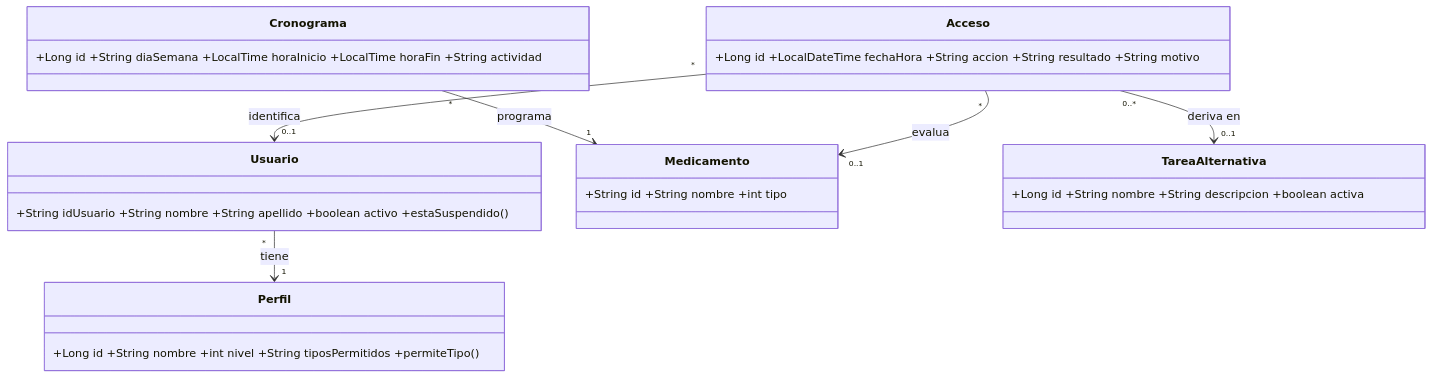
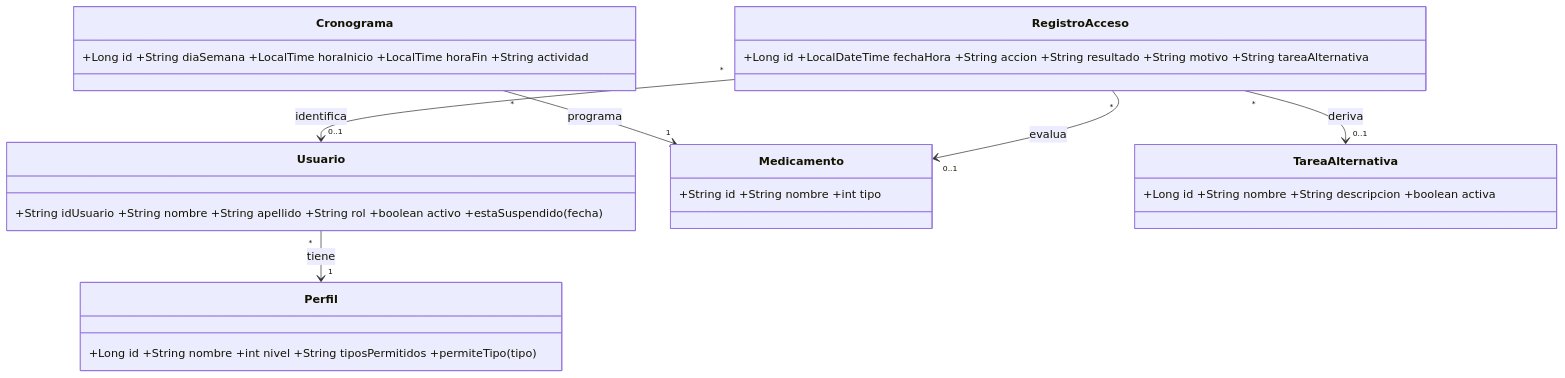
One commit to Danna2829/Room_911 changed the second of 2 diagrams in docs/uml.md. Above: the diagram before and after it, drawn with Mermaid. The commit also changed other lines of this file and 7 other files, not shown here.

````diff
--- a/docs/uml.md
+++ b/docs/uml.md
@@ -59,14 +45,14 @@
 ```mermaid
 classDiagram
- class Usuario { +String idUsuario +String nombre +String apellido +boolean activo +estaSuspendido() }
- class Perfil { +Long id +String nombre +int nivel +String tiposPermitidos +permiteTipo() }
+ class Usuario { +String idUsuario +String nombre +String apellido +String rol +boolean activo +estaSuspendido(fecha) }
+ class Perfil { +Long id +String nombre +int nivel +String tiposPermitidos +permiteTipo(tipo) }
  class Medicamento { +String id +String nombre +int tipo }
  class Cronograma { +Long id +String diaSemana +LocalTime horaInicio +LocalTime horaFin +String actividad }
- class Acceso { +Long id +LocalDateTime fechaHora +String accion +String resultado +String motivo }
+ class RegistroAcceso { +Long id +LocalDateTime fechaHora +String accion +String resultado +String motivo +String tareaAlternativa }
  class TareaAlternativa { +Long id +String nombre +String descripcion +boolean activa }
  Usuario "*" --> "1" Perfil : tiene
  Cronograma "*" --> "1" Medicamento : programa
- Acceso "*" --> "0..1" Usuario : identifica
- Acceso "*" --> "0..1" Medicamento : evalua
- Acceso "0..*" --> "0..1" TareaAlternativa : deriva en
+ RegistroAcceso "*" --> "0..1" Usuario : identifica
+ RegistroAcceso "*" --> "0..1" Medicamento : evalua
+ RegistroAcceso "*" --> "0..1" TareaAlternativa : deriva
 ```
````
